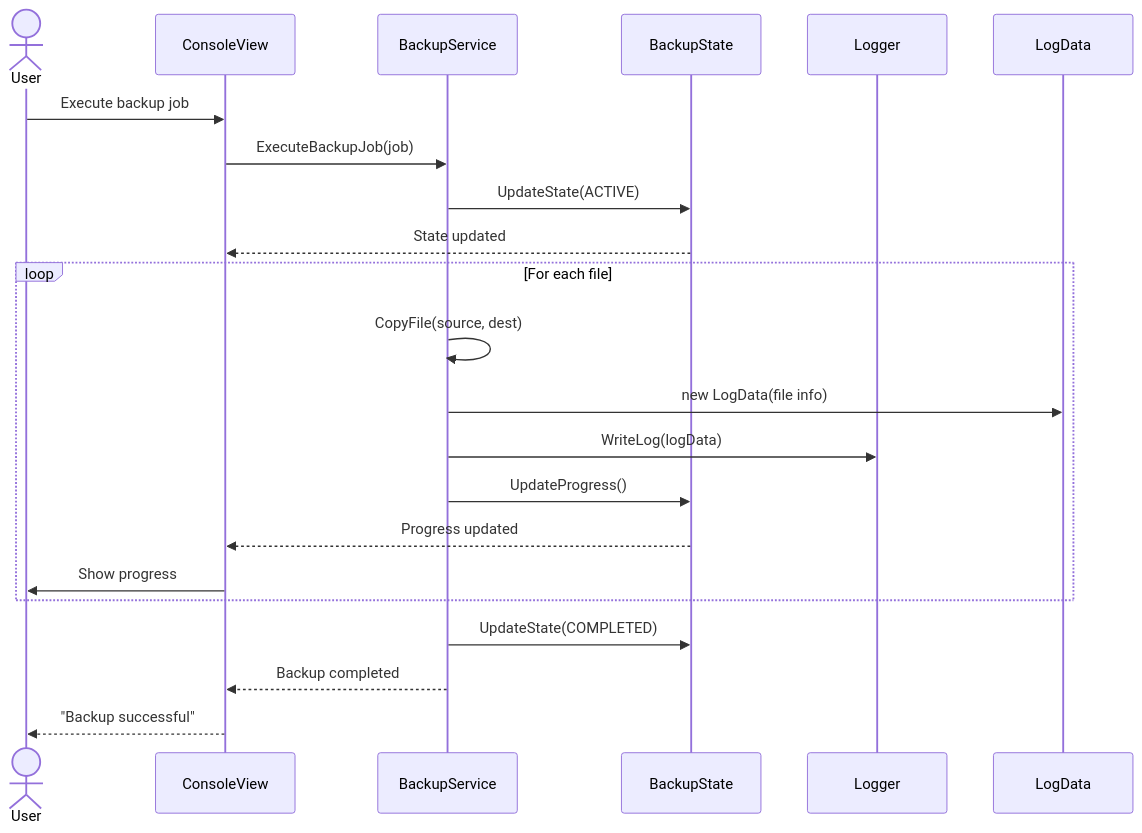
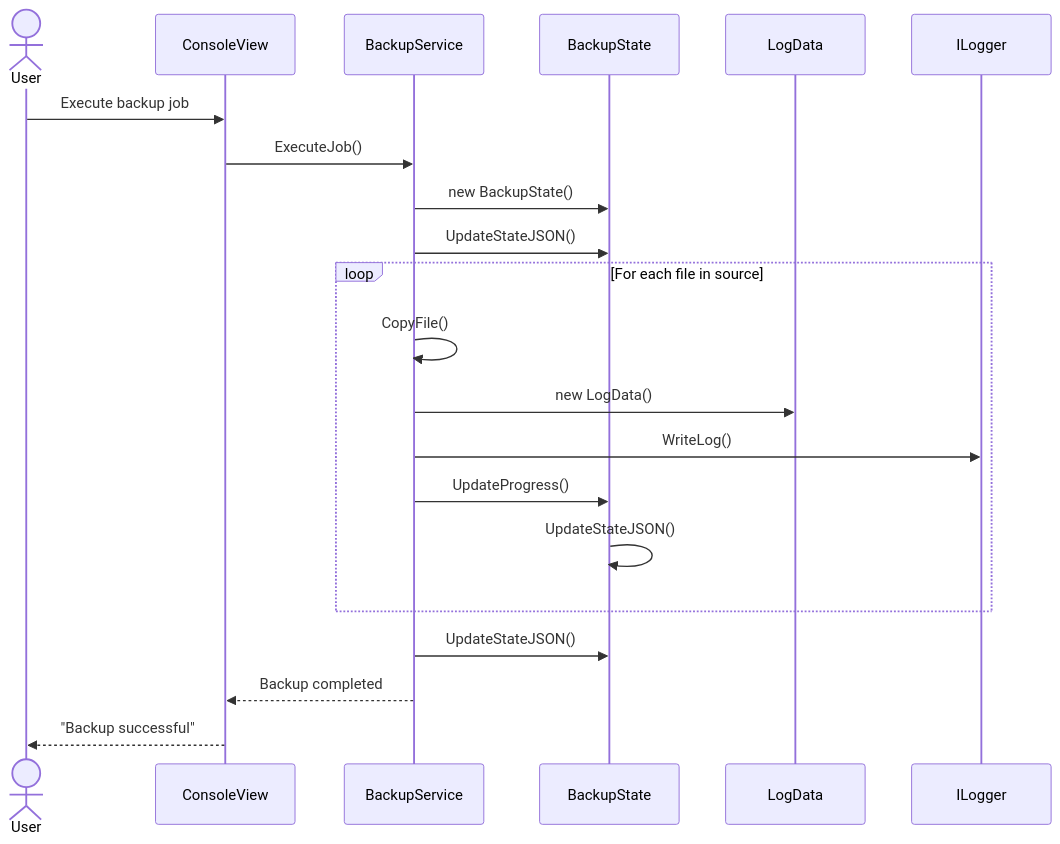
The fourth of 8 diagrams in Diagrams/UML.md (Groupe1-Prosoft/EasySave), drawn with Mermaid before and after one commit. The commit also changed other lines of this file, not shown here.

First line of the commit message:
Refactor UML diagrams for EasySave 1.0

````diff
--- a/Diagrams/UML.md
+++ b/Diagrams/UML.md
@@ -227,30 +229,29 @@
 ```mermaid
 sequenceDiagram
     actor User
     participant ConsoleView
     participant BackupService
     participant BackupState
-    participant Logger
     participant LogData
-    
-    User->>ConsoleView: Execute backup job #2
-    ConsoleView->>BackupService: ExecuteBackupJob(job)
-    
-    BackupService->>BackupState: UpdateState(ACTIVE)
-    BackupState-->>ConsoleView: State updated
-    
-    loop For each file
-        BackupService->>BackupService: CopyFile(source, dest)
-        
-        BackupService->>LogData: new LogData(file info)
-        BackupService->>Logger: WriteLog(logData)
-        
+    participant ILogger
+
+    User->>ConsoleView: Execute backup job
+    ConsoleView->>BackupService: ExecuteJob()
+
+    BackupService->>BackupState: new BackupState()
+    BackupService->>BackupState: UpdateStateJSON()
+
+    loop For each file in source
+        BackupService->>BackupService: CopyFile()
+
+        BackupService->>LogData: new LogData()
+        BackupService->>ILogger: WriteLog()
+
         BackupService->>BackupState: UpdateProgress()
-        BackupState-->>ConsoleView: Progress updated
-        ConsoleView->>User: Show progress
+        BackupState->>BackupState: UpdateStateJSON()
     end
-    
-    BackupService->>BackupState: UpdateState(COMPLETED)
+
+    BackupService->>BackupState: UpdateStateJSON()
     BackupService-->>ConsoleView: Backup completed
     ConsoleView-->>User: "Backup successful"
 ```
````
